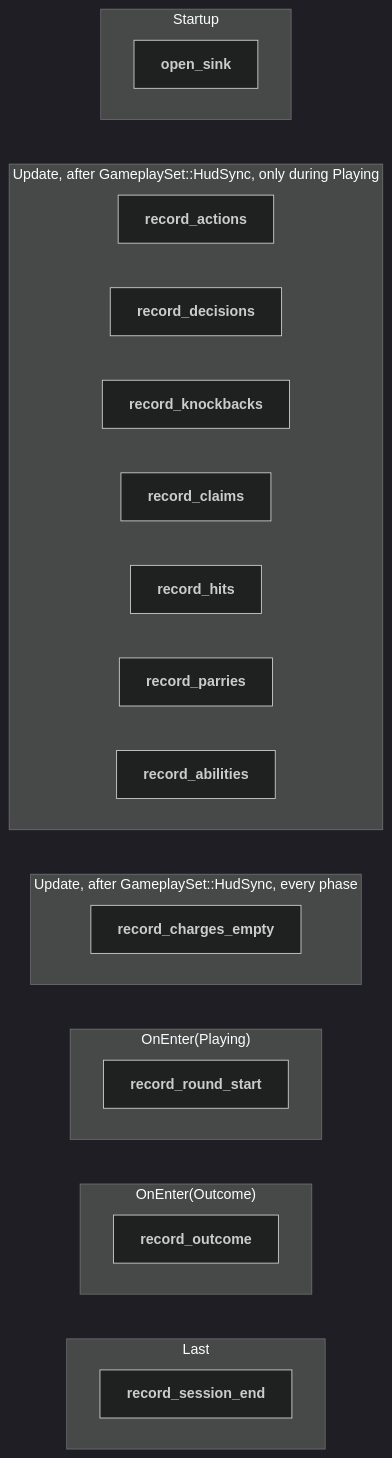
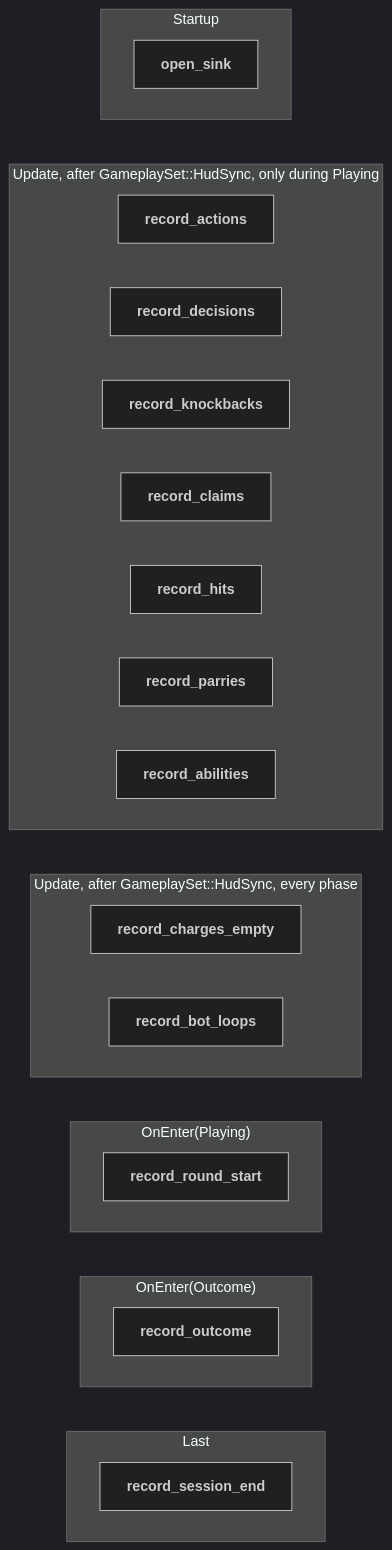
Before and after one commit to neurosoup/tyled: the first of 9 diagrams in backlog/docs/doc-21 - 019-Telemetry-plugin.md, drawn with Mermaid. The commit also changed other lines of this file and 8 other files, not shown here.

First line of the commit message:
Feat: Stop bot ramming, shorten bot rallies and report bot loops

````diff
--- a/backlog/docs/doc-21 - 019-Telemetry-plugin.md
+++ b/backlog/docs/doc-21 - 019-Telemetry-plugin.md
@@ -93,44 +97,45 @@
 ```mermaid
 ---
 config:
   theme: dark
 ---
 
 flowchart TD
 
 subgraph startup ["Startup"]
   open_sink["`**open_sink**`"]
 end
 
 subgraph update ["Update, after GameplaySet::HudSync, only during Playing"]
   record_actions["`**record_actions**`"]
   record_decisions["`**record_decisions**`"]
   record_knockbacks["`**record_knockbacks**`"]
   record_claims["`**record_claims**`"]
   record_hits["`**record_hits**`"]
   record_parries["`**record_parries**`"]
   record_abilities["`**record_abilities**`"]
 end
 
 subgraph update_all ["Update, after GameplaySet::HudSync, every phase"]
   record_charges_empty["`**record_charges_empty**`"]
+  record_bot_loops["`**record_bot_loops**`"]
 end
 
 subgraph enter_playing ["OnEnter(Playing)"]
   record_round_start["`**record_round_start**`"]
 end
 
 subgraph enter_outcome ["OnEnter(Outcome)"]
   record_outcome["`**record_outcome**`"]
 end
 
 subgraph last ["Last"]
   record_session_end["`**record_session_end**`"]
 end
 
 startup ~~~ update
 update ~~~ update_all
 update_all ~~~ enter_playing
 enter_playing ~~~ enter_outcome
 enter_outcome ~~~ last
 ```
````
